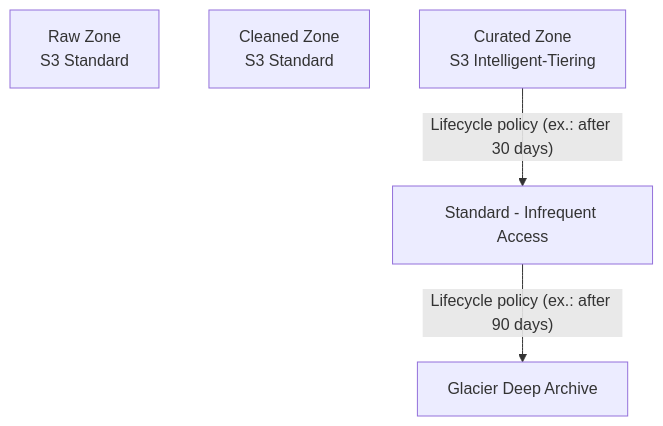
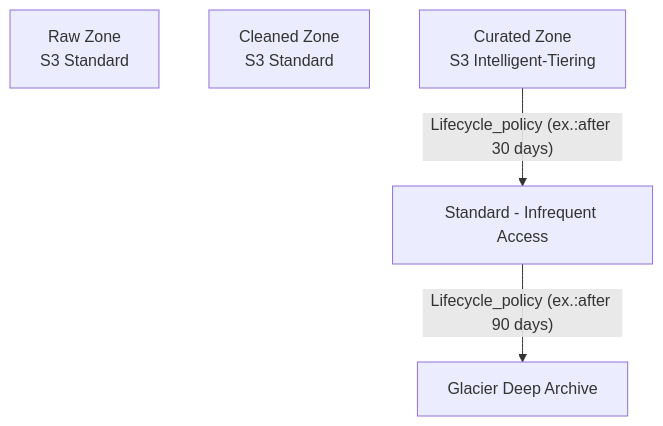
Before and after one commit to danilo01arrudal/Exated-Documentation: the second of 2 diagrams in AWS/Data Lake/Readme.md, drawn with Mermaid.

````diff
--- a/AWS/Data Lake/Readme.md
+++ b/AWS/Data Lake/Readme.md
@@ -141,9 +141,9 @@
 ```mermaid
 flowchart TD
     Raw["Raw Zone<br>S3 Standard"]
     Cleaned["Cleaned Zone<br>S3 Standard"]
     Curated["Curated Zone<br>S3 Intelligent-Tiering"]
 
-    Curated -->|"Lifecycle policy (ex.: after 30 days)"| StandardIA["Standard - Infrequent Access"]
-    StandardIA -->|"Lifecycle policy (ex.: after 90 days)"| Glacier["Glacier Deep Archive"]
+    Curated -->|"Lifecycle_policy (ex.:after 30 days)"| StandardIA["Standard - Infrequent Access"]
+    StandardIA -->|"Lifecycle_policy (ex.:after 90 days)"| Glacier["Glacier Deep Archive"]
 ```
````
